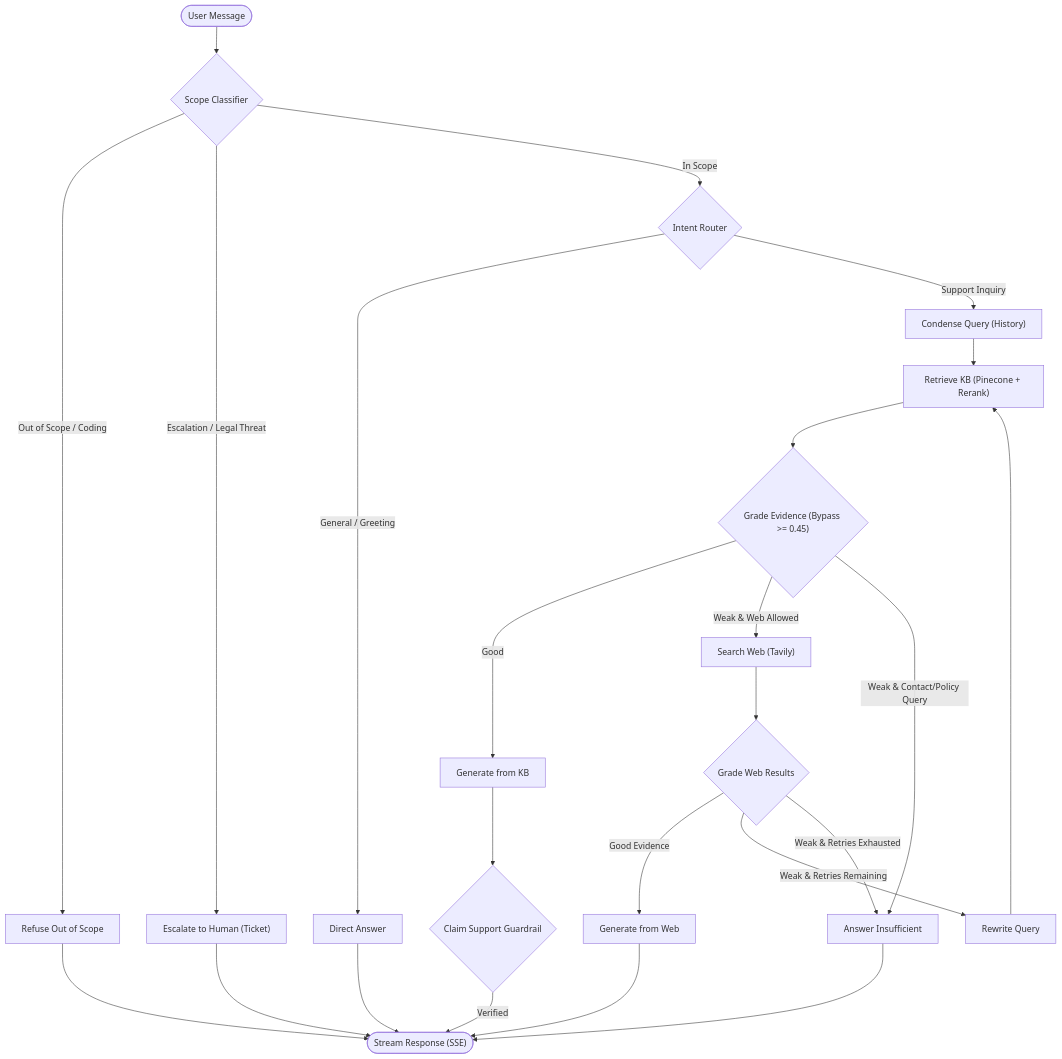
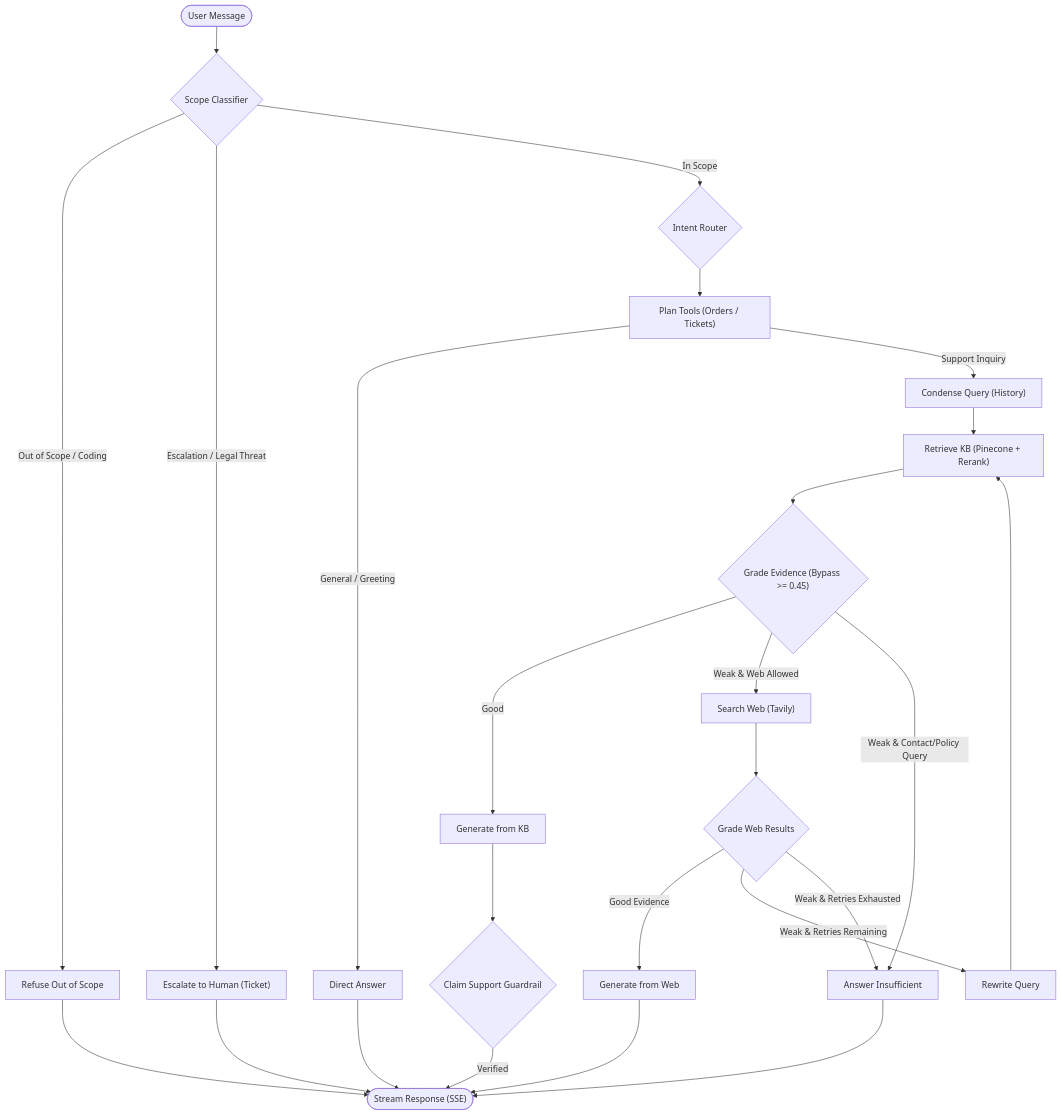
The diagram in README.md (tilakchow/agentic-customer-support-rag), drawn with Mermaid before and after one commit. The commit also changed other lines of this file and 9 other files, not shown here.

Commit message:
feat(tools): add operational tools for orders and tickets, plan_tools node, and 20-case eval (Item 10)

````diff
--- a/README.md
+++ b/README.md
@@ -37,34 +37,35 @@
 ```mermaid
 graph TD
     Start(["User Message"]) --> Scope{"Scope Classifier"}
 
     Scope -- "Out of Scope / Coding" --> Refuse["Refuse Out of Scope"]
     Scope -- "Escalation / Legal Threat" --> Escalate["Escalate to Human (Ticket)"]
     Scope -- "In Scope" --> Router{"Intent Router"}
 
-    Router -- "General / Greeting" --> Direct["Direct Answer"]
-    Router -- "Support Inquiry" --> Condense["Condense Query (History)"]
+    Router --> PlanTools["Plan Tools (Orders / Tickets)"]
+    PlanTools -- "General / Greeting" --> Direct["Direct Answer"]
+    PlanTools -- "Support Inquiry" --> Condense["Condense Query (History)"]
 
     Condense --> RetrieveKB["Retrieve KB (Pinecone + Rerank)"]
     RetrieveKB --> GradeKB{"Grade Evidence (Bypass >= 0.45)"}
 
     GradeKB -- "Good" --> GenKB["Generate from KB"]
     GenKB --> Faithfulness{"Claim Support Guardrail"}
     Faithfulness -- "Verified" --> Stream(["Stream Response (SSE)"])
 
     GradeKB -- "Weak & Web Allowed" --> WebSearch["Search Web (Tavily)"]
     GradeKB -- "Weak & Contact/Policy Query" --> Insufficient["Answer Insufficient"]
 
     WebSearch --> GradeWeb{"Grade Web Results"}
     GradeWeb -- "Good Evidence" --> GenWeb["Generate from Web"]
     GradeWeb -- "Weak & Retries Remaining" --> Rewrite["Rewrite Query"]
     GradeWeb -- "Weak & Retries Exhausted" --> Insufficient
 
     Rewrite --> RetrieveKB
 
     Refuse --> Stream
     Escalate --> Stream
     Direct --> Stream
     GenWeb --> Stream
     Insufficient --> Stream
 ```
````
